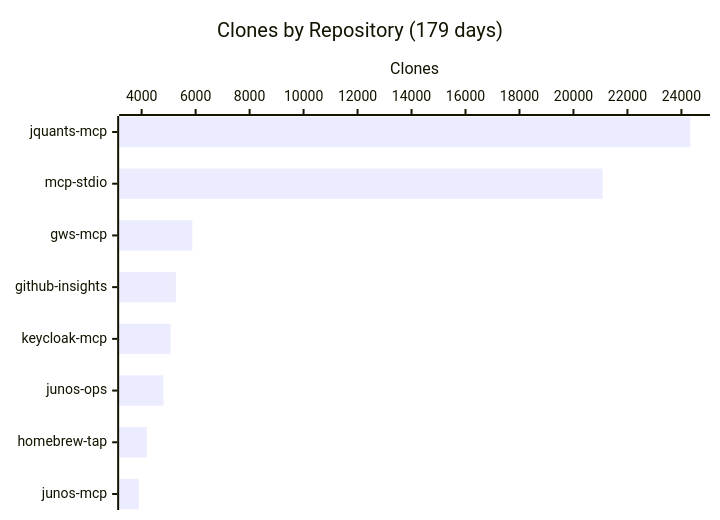
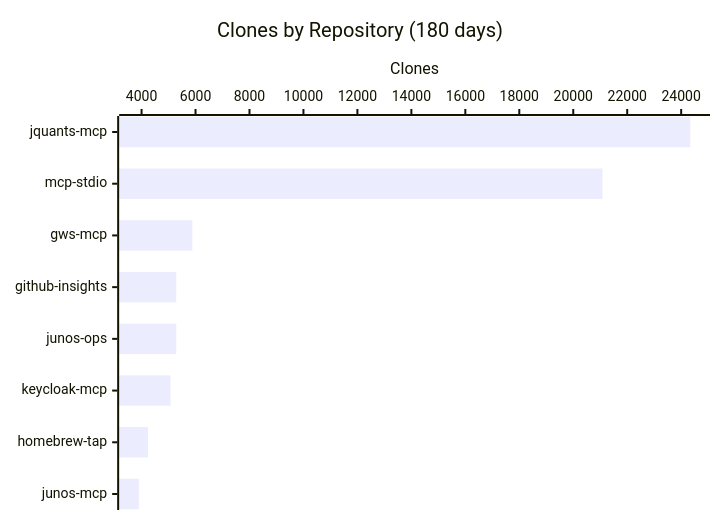
Before and after one commit to shigechika/github-insights: the fourth of 4 diagrams in README.md, drawn with Mermaid. The commit also changed other lines of this file and 2 other files, not shown here.

````diff
--- a/README.md
+++ b/README.md
@@ -58,7 +58,7 @@
 ```mermaid
 xychart-beta horizontal
-    title "Clones by Repository (179 days)"
-    x-axis ["jquants-mcp", "mcp-stdio", "gws-mcp", "github-insights", "keycloak-mcp", "junos-ops", "homebrew-tap", "junos-mcp"]
+    title "Clones by Repository (180 days)"
+    x-axis ["jquants-mcp", "mcp-stdio", "gws-mcp", "github-insights", "junos-ops", "keycloak-mcp", "homebrew-tap", "junos-mcp"]
     y-axis "Clones"
-    bar [24328, 21080, 5880, 5269, 5069, 4808, 4193, 3898]
+    bar [24337, 21084, 5883, 5287, 5284, 5074, 4237, 3901]
 ```
````
